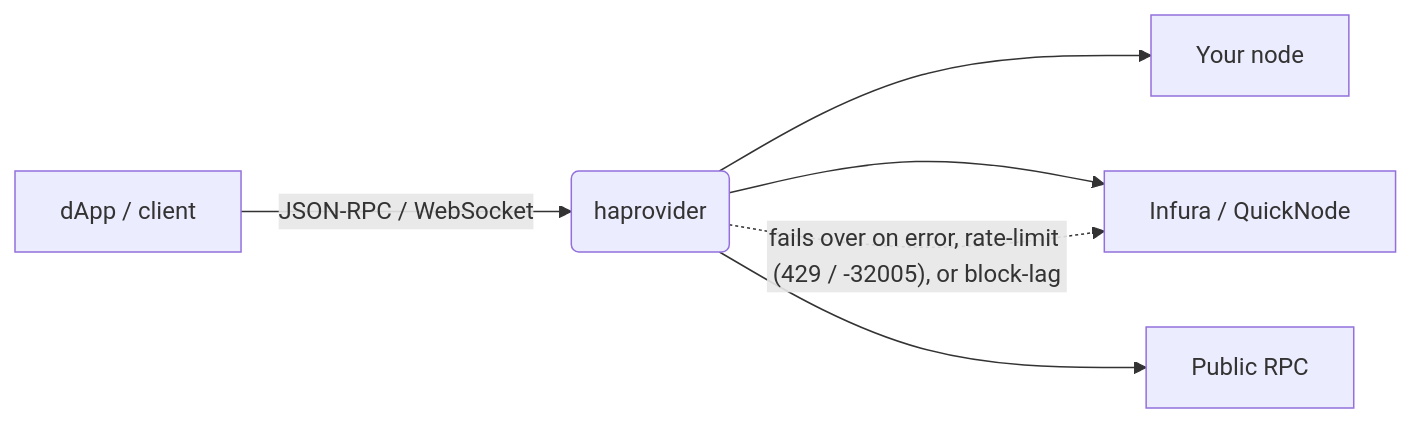
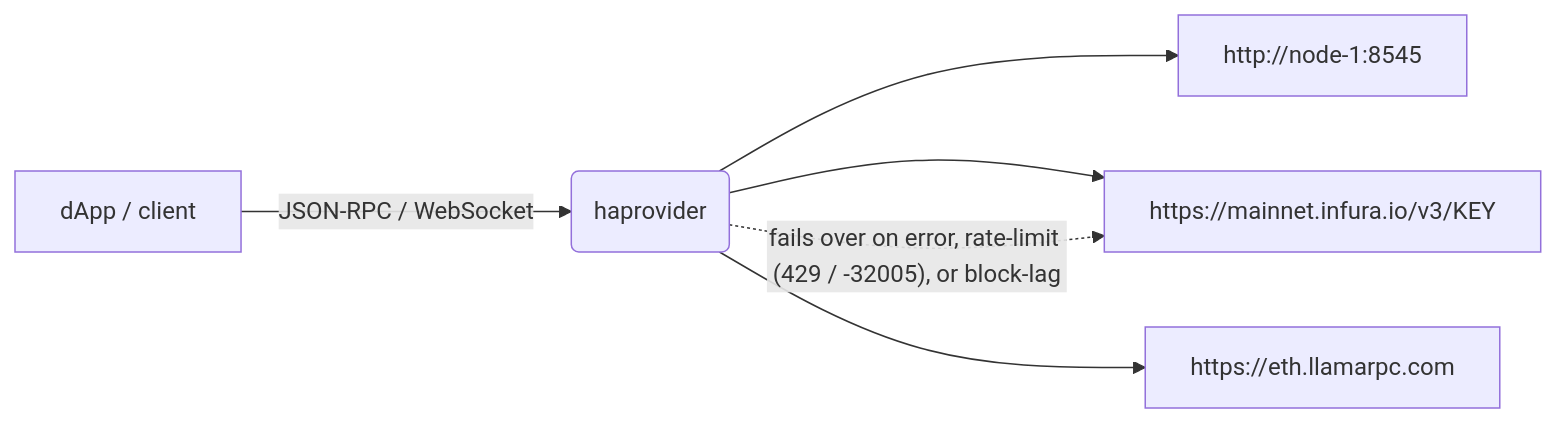
Before and after one commit to wille/haprovider: the diagram in README.md, drawn with Mermaid. The commit also changed other lines of this file and 5 other files, not shown here.

````diff
--- a/README.md
+++ b/README.md
@@ -12,8 +10,8 @@
 ```mermaid
 flowchart LR
     C[dApp / client] -->|"JSON-RPC / WebSocket"| HA(haprovider)
-    HA --> P1[Your node]
-    HA --> P2[Infura / QuickNode]
-    HA --> P3[Public RPC]
+    HA --> P1["http://node-1:8545"]
+    HA --> P2["https://mainnet.infura.io/v3/KEY"]
+    HA --> P3["https://eth.llamarpc.com"]
     HA -. "fails over on error, rate-limit (429 / -32005), or block-lag" .-> P2
 ```
````
